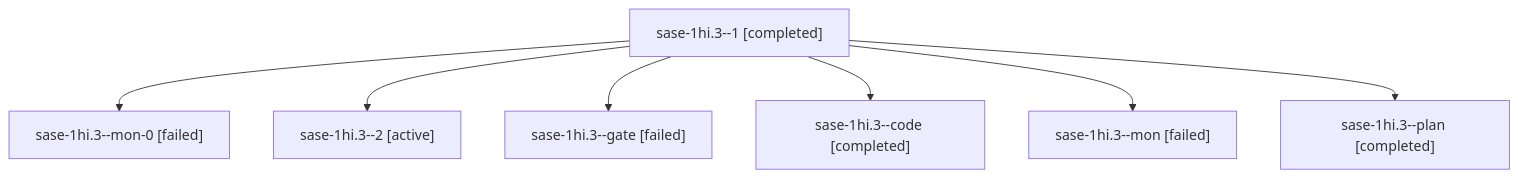
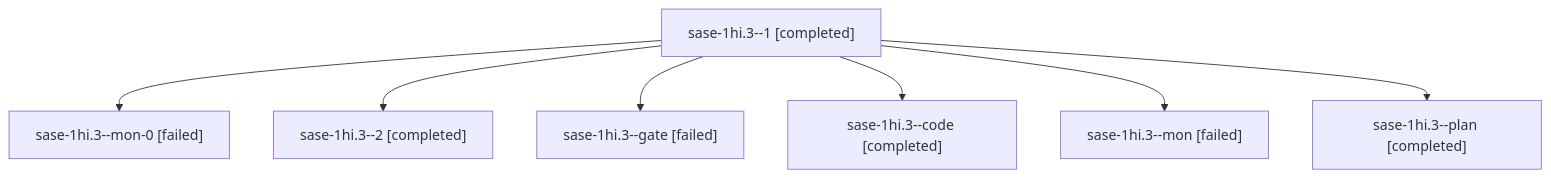
The diagram in sessions/bbugyi200.apollo.sase-1hi.3.md (sase-org/sase--agents), drawn with Mermaid before and after one commit. The commit also changed other lines of this file and 38 other files, not shown here.

````diff
--- a/sessions/bbugyi200.apollo.sase-1hi.3.md
+++ b/sessions/bbugyi200.apollo.sase-1hi.3.md
@@ -9,16 +9,16 @@
 ```mermaid
 flowchart TD
   n0["sase-1hi.3--1 [completed]"]
   n1["sase-1hi.3--mon-0 [failed]"]
   n0 --> n1
-  n2["sase-1hi.3--2 [active]"]
+  n2["sase-1hi.3--2 [completed]"]
   n0 --> n2
   n3["sase-1hi.3--gate [failed]"]
   n0 --> n3
   n4["sase-1hi.3--code [completed]"]
   n0 --> n4
   n5["sase-1hi.3--mon [failed]"]
   n0 --> n5
   n6["sase-1hi.3--plan [completed]"]
   n0 --> n6
 ```
````
